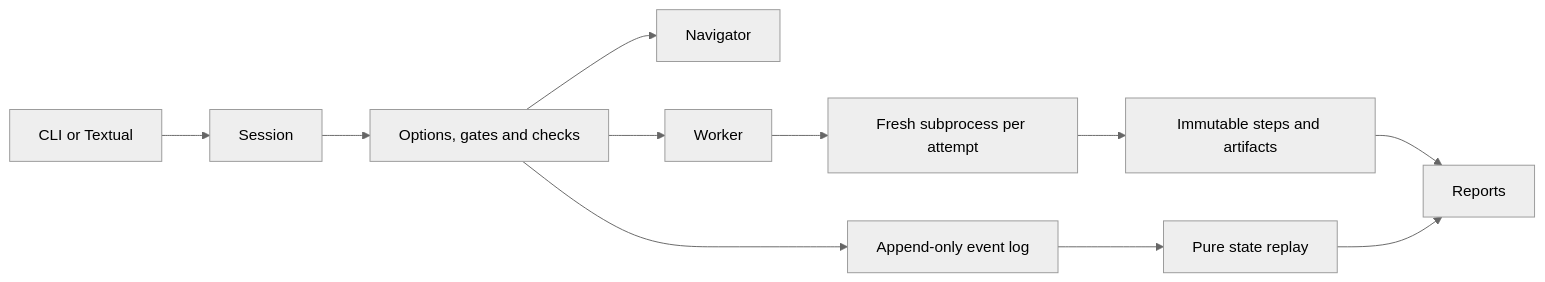
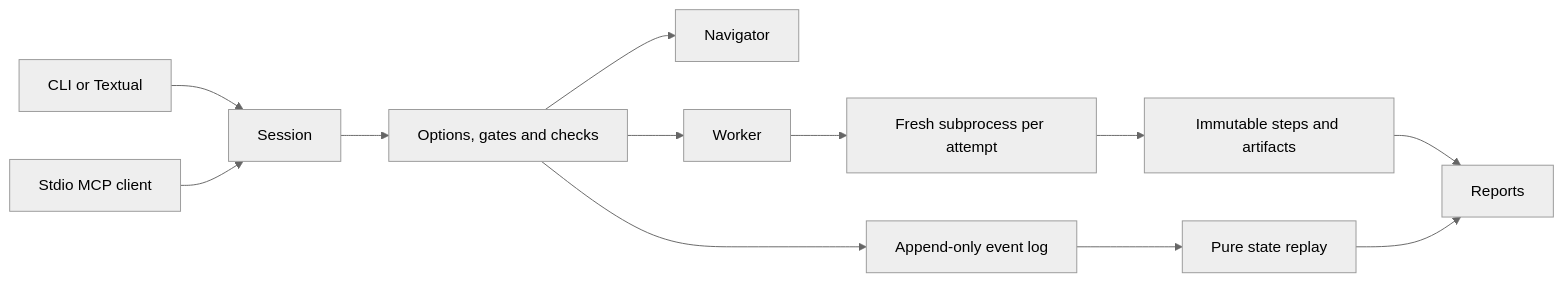
The first of 2 diagrams in docs/architecture.md (HawkFranklin-Research/mlcagent), drawn with Mermaid (neutral theme) before and after one commit. The commit also changed other lines of this file and 23 other files, not shown here.

Commit message:
MCP M6: package client docking helpers and validate guarded workflows

````diff
--- a/docs/architecture.md
+++ b/docs/architecture.md
@@ -7,13 +7,14 @@
 ```mermaid
 flowchart LR
     UI[CLI or Textual] --> Session
+    MCP[Stdio MCP client] --> Session
     Session --> Engine[Options, gates and checks]
     Engine --> Navigator
     Engine --> Worker
     Worker --> Runner[Fresh subprocess per attempt]
     Runner --> Evidence[Immutable steps and artifacts]
     Engine --> Log[Append-only event log]
     Log --> Replay[Pure state replay]
     Evidence --> Reports
     Replay --> Reports
 ```
````
